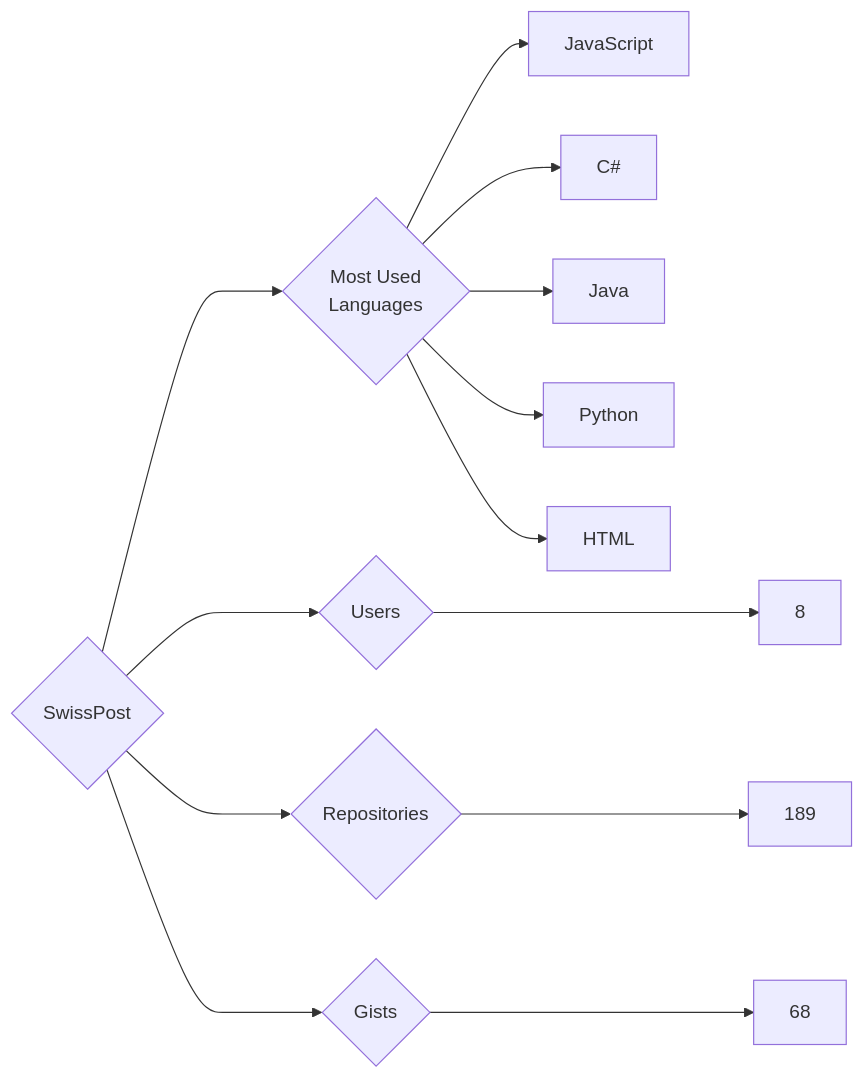
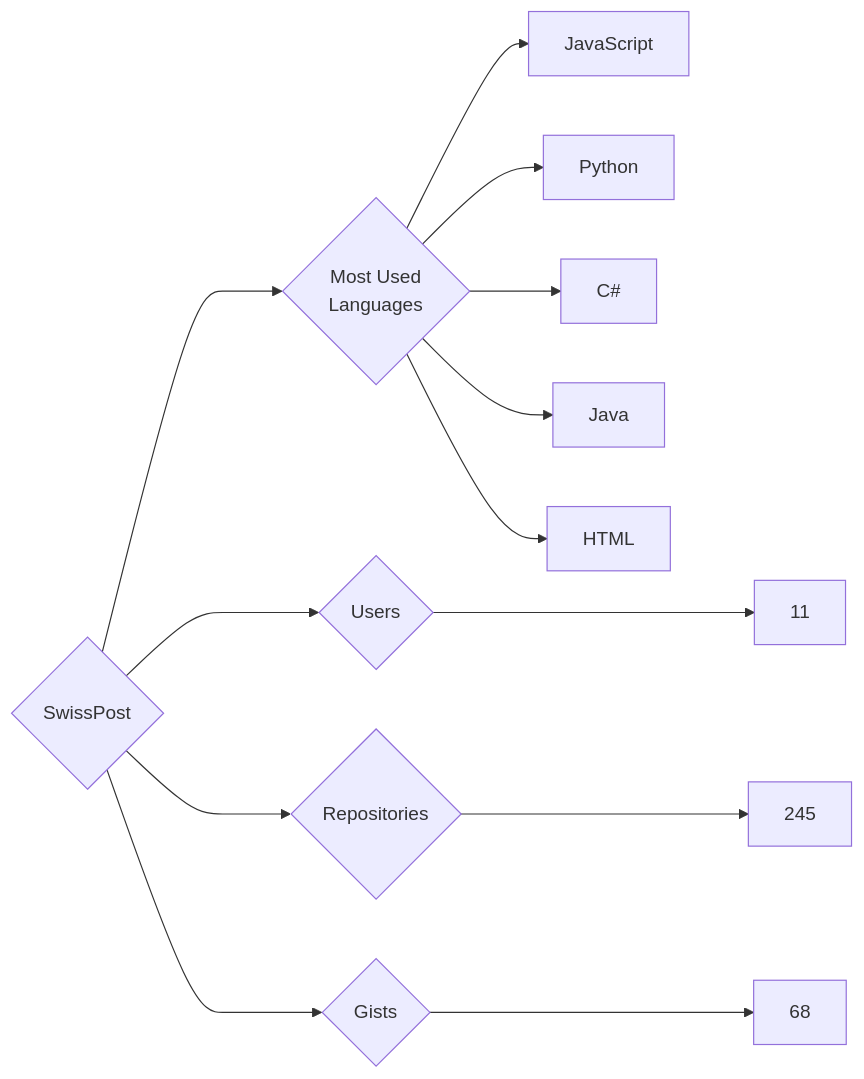
Before and after one commit to trickest/insiders: the diagram in targets/SwissPost/README.md, drawn with Mermaid. The commit also changed 534 other files, not shown here.

````diff
--- a/targets/SwissPost/README.md
+++ b/targets/SwissPost/README.md
@@ -3,13 +3,13 @@
 ```mermaid
 graph LR
 COMPANY_NAME{SwissPost}
-COMPANY_NAME ---> U{Users} ---> UN[8]
-COMPANY_NAME ---> R{Repositories} ---> RN[189]
+COMPANY_NAME ---> U{Users} ---> UN[11]
+COMPANY_NAME ---> R{Repositories} ---> RN[245]
 COMPANY_NAME ---> G{Gists} ---> GN[68]
 COMPANY_NAME ---> ML{Most Used<br>Languages}
 ML --> JavaScript[JavaScript]
+ML --> Python[Python]
 ML --> C#[C#]
 ML --> Java[Java]
-ML --> Python[Python]
 ML --> HTML[HTML]
 ```
````
